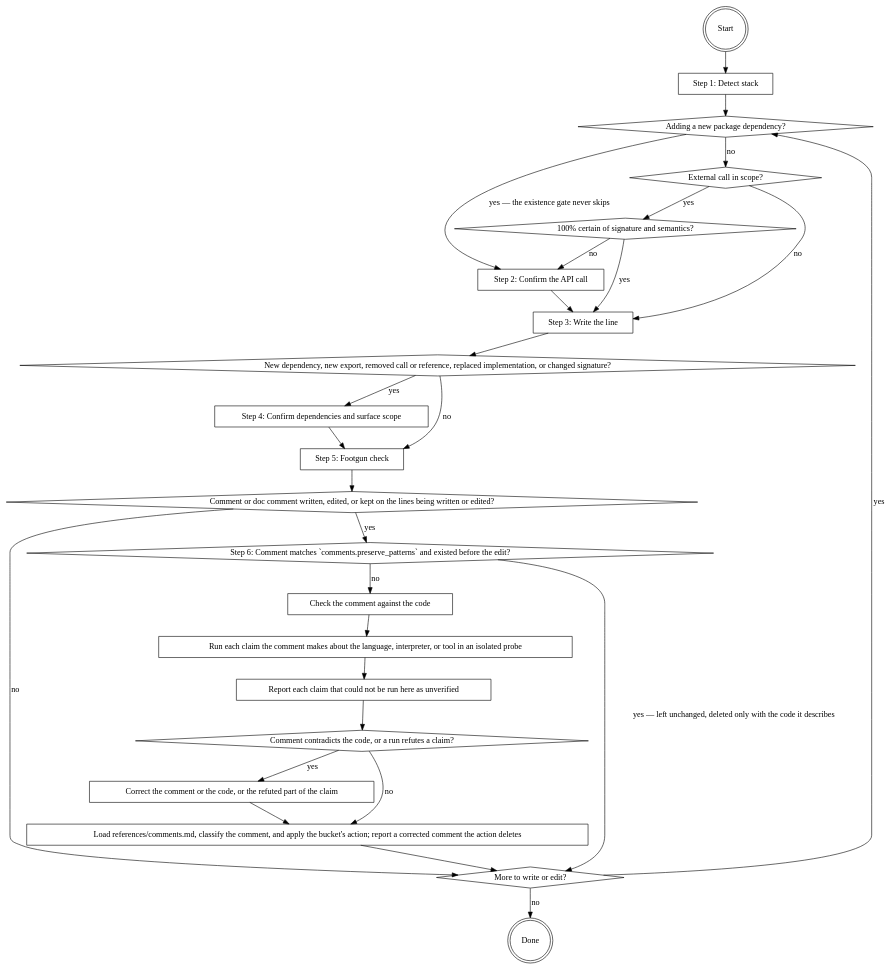
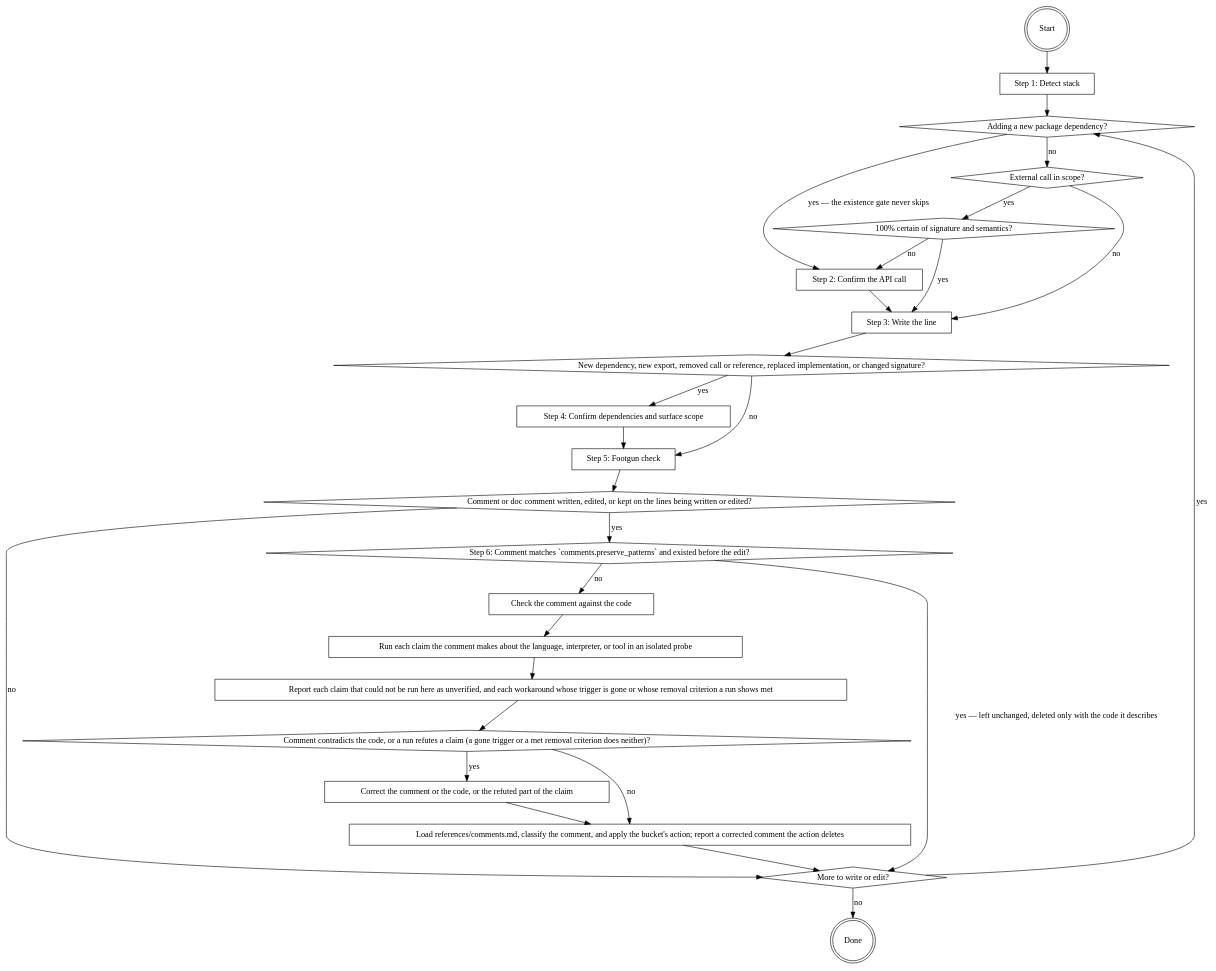
Before and after one commit to it-bens/ai-tools: the diagram in plugins/software-writer/skills/writing-code/SKILL.md, drawn with Graphviz. The commit also changed other lines of this file and 1 other file, not shown here.

Commit message:
fix(software-writer): keep a workaround whose removal criterion is met
The reduction cut the Step 6 clause that a workaround whose trigger is gone, or whose removal criterion a run shows met, is neither a contradiction nor a refuted claim. Without it, "a claim a run refutes is corrected" reads as an instruction to rewrite or drop such a workaround. The clause and its two digraph labels are back.

````diff
--- a/plugins/software-writer/skills/writing-code/SKILL.md
+++ b/plugins/software-writer/skills/writing-code/SKILL.md
@@ -18,51 +18,51 @@
 ```dot
 digraph writing_code {
     "Start" [shape=doublecircle];
     "Step 1: Detect stack" [shape=box];
     "Adding a new package dependency?" [shape=diamond];
     "External call in scope?" [shape=diamond];
     "100% certain of signature and semantics?" [shape=diamond];
     "Step 2: Confirm the API call" [shape=box];
     "Step 3: Write the line" [shape=box];
     "New dependency, new export, removed call or reference, replaced implementation, or changed signature?" [shape=diamond];
     "Step 4: Confirm dependencies and surface scope" [shape=box];
     "Step 5: Footgun check" [shape=box];
     "Comment or doc comment written, edited, or kept on the lines being written or edited?" [shape=diamond];
     "Step 6: Comment matches `comments.preserve_patterns` and existed before the edit?" [shape=diamond];
     "Check the comment against the code" [shape=box];
     "Run each claim the comment makes about the language, interpreter, or tool in an isolated probe" [shape=box];
-    "Report each claim that could not be run here as unverified" [shape=box];
-    "Comment contradicts the code, or a run refutes a claim?" [shape=diamond];
+    "Report each claim that could not be run here as unverified, and each workaround whose trigger is gone or whose removal criterion a run shows met" [shape=box];
+    "Comment contradicts the code, or a run refutes a claim (a gone trigger or a met removal criterion does neither)?" [shape=diamond];
     "Correct the comment or the code, or the refuted part of the claim" [shape=box];
     "Load references/comments.md, classify the comment, and apply the bucket's action; report a corrected comment the action deletes" [shape=box];
     "More to write or edit?" [shape=diamond];
     "Done" [shape=doublecircle];
 
     "Start" -> "Step 1: Detect stack" -> "Adding a new package dependency?";
     "Adding a new package dependency?" -> "Step 2: Confirm the API call" [label="yes — the existence gate never skips"];
     "Adding a new package dependency?" -> "External call in scope?" [label="no"];
     "External call in scope?" -> "100% certain of signature and semantics?" [label="yes"];
     "External call in scope?" -> "Step 3: Write the line" [label="no"];
     "100% certain of signature and semantics?" -> "Step 3: Write the line" [label="yes"];
     "100% certain of signature and semantics?" -> "Step 2: Confirm the API call" [label="no"];
     "Step 2: Confirm the API call" -> "Step 3: Write the line";
     "Step 3: Write the line" -> "New dependency, new export, removed call or reference, replaced implementation, or changed signature?";
     "New dependency, new export, removed call or reference, replaced implementation, or changed signature?" -> "Step 4: Confirm dependencies and surface scope" [label="yes"];
     "New dependency, new export, removed call or reference, replaced implementation, or changed signature?" -> "Step 5: Footgun check" [label="no"];
     "Step 4: Confirm dependencies and surface scope" -> "Step 5: Footgun check";
     "Step 5: Footgun check" -> "Comment or doc comment written, edited, or kept on the lines being written or edited?";
     "Comment or doc comment written, edited, or kept on the lines being written or edited?" -> "Step 6: Comment matches `comments.preserve_patterns` and existed before the edit?" [label="yes"];
     "Comment or doc comment written, edited, or kept on the lines being written or edited?" -> "More to write or edit?" [label="no"];
     "Step 6: Comment matches `comments.preserve_patterns` and existed before the edit?" -> "More to write or edit?" [label="yes — left unchanged, deleted only with the code it describes"];
     "Step 6: Comment matches `comments.preserve_patterns` and existed before the edit?" -> "Check the comment against the code" [label="no"];
     "Check the comment against the code" -> "Run each claim the comment makes about the language, interpreter, or tool in an isolated probe";
-    "Run each claim the comment makes about the language, interpreter, or tool in an isolated probe" -> "Report each claim that could not be run here as unverified";
-    "Report each claim that could not be run here as unverified" -> "Comment contradicts the code, or a run refutes a claim?";
-    "Comment contradicts the code, or a run refutes a claim?" -> "Correct the comment or the code, or the refuted part of the claim" [label="yes"];
-    "Comment contradicts the code, or a run refutes a claim?" -> "Load references/comments.md, classify the comment, and apply the bucket's action; report a corrected comment the action deletes" [label="no"];
+    "Run each claim the comment makes about the language, interpreter, or tool in an isolated probe" -> "Report each claim that could not be run here as unverified, and each workaround whose trigger is gone or whose removal criterion a run shows met";
+    "Report each claim that could not be run here as unverified, and each workaround whose trigger is gone or whose removal criterion a run shows met" -> "Comment contradicts the code, or a run refutes a claim (a gone trigger or a met removal criterion does neither)?";
+    "Comment contradicts the code, or a run refutes a claim (a gone trigger or a met removal criterion does neither)?" -> "Correct the comment or the code, or the refuted part of the claim" [label="yes"];
+    "Comment contradicts the code, or a run refutes a claim (a gone trigger or a met removal criterion does neither)?" -> "Load references/comments.md, classify the comment, and apply the bucket's action; report a corrected comment the action deletes" [label="no"];
     "Correct the comment or the code, or the refuted part of the claim" -> "Load references/comments.md, classify the comment, and apply the bucket's action; report a corrected comment the action deletes";
     "Load references/comments.md, classify the comment, and apply the bucket's action; report a corrected comment the action deletes" -> "More to write or edit?";
     "More to write or edit?" -> "Adding a new package dependency?" [label="yes"];
     "More to write or edit?" -> "Done" [label="no"];
 }
 ```
````
